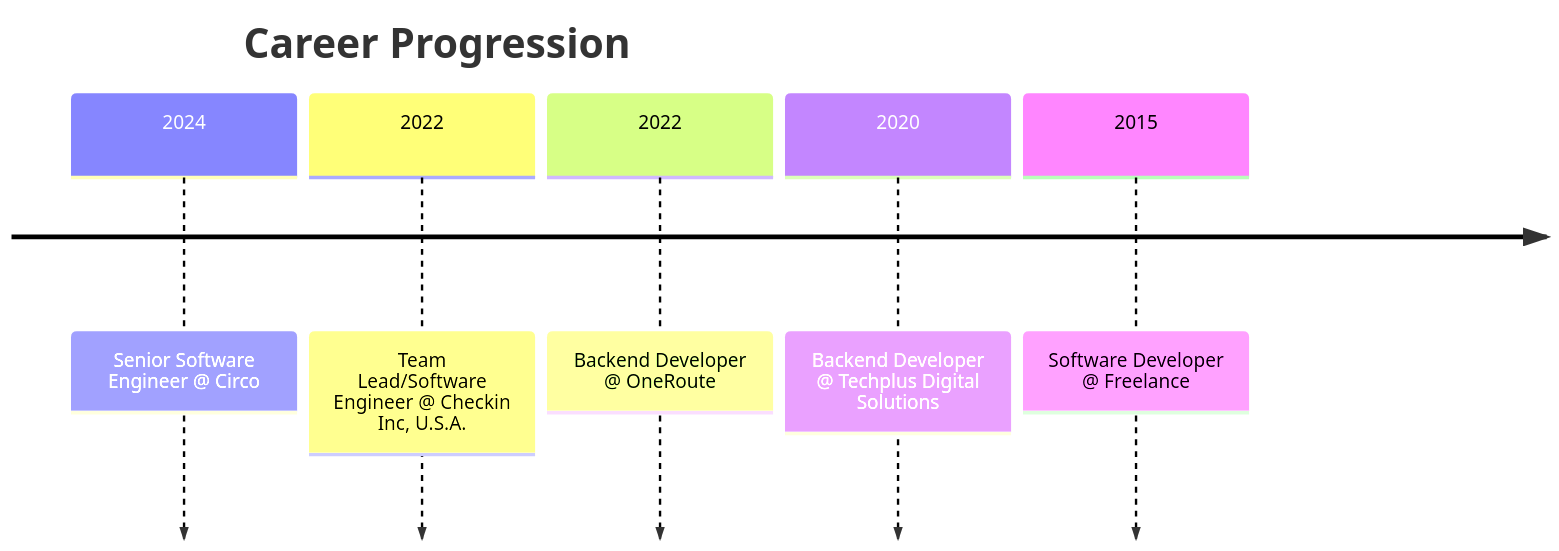
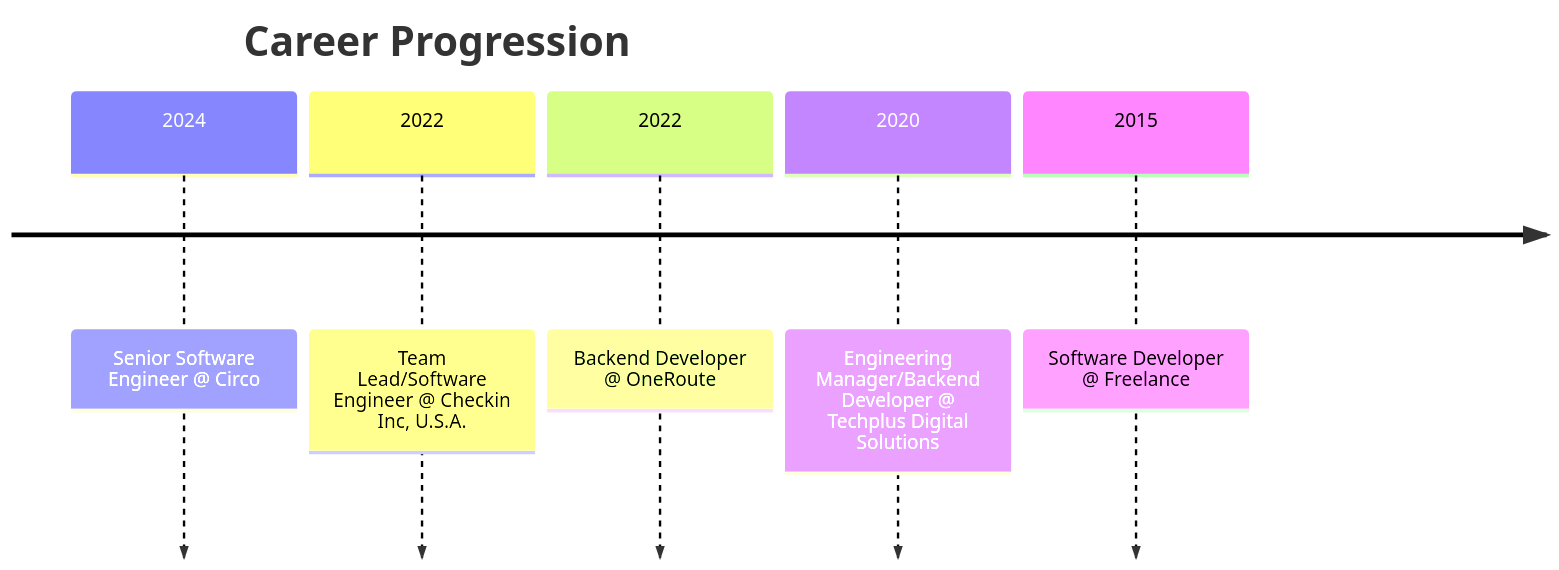
The diagram in README.md (devadeboye/devadeboye), drawn with Mermaid before and after one commit.

Commit message:
refactor: update professional journey

````diff
--- a/README.md
+++ b/README.md
@@ -128,9 +128,9 @@
 ```mermaid
 timeline
     title Career Progression
     2024 : Senior Software Engineer @ Circo
     2022 : Team Lead/Software Engineer @ Checkin Inc, U.S.A.
     2022 : Backend Developer @ OneRoute
-    2020 : Backend Developer @ Techplus Digital Solutions
+    2020 : Engineering Manager/Backend Developer @ Techplus Digital Solutions
     2015 : Software Developer @ Freelance
 ```
````
